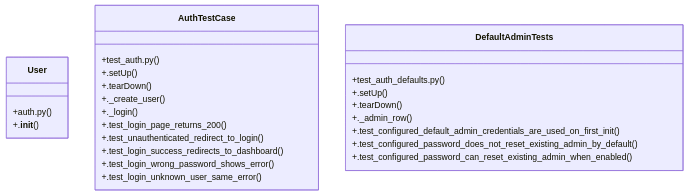
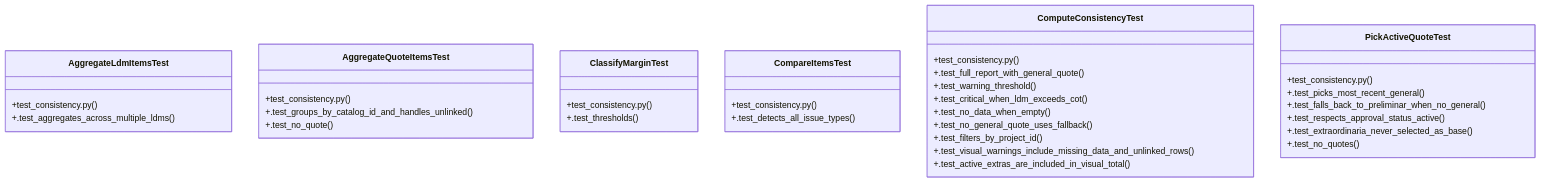
The diagram in graphify-out/wiki/Community_7.md (Daftrick/ProjectTracker), drawn with Mermaid before and after one commit. The commit also changed other lines of this file and 414 other files, not shown here.

First line of the commit message:
fix: fecha dd-mm-aa en PDF de LDM; refresca project_name en cotización al editar

````diff
--- a/graphify-out/wiki/Community_7.md
+++ b/graphify-out/wiki/Community_7.md
@@ -36,28 +36,39 @@
 ```mermaid
 classDiagram
-    class User {
-        +auth.py()
-        +.__init__()
+    class AggregateLdmItemsTest {
+        +test_consistency.py()
+        +.test_aggregates_across_multiple_ldms()
     }
-    class AuthTestCase {
-        +test_auth.py()
-        +.setUp()
-        +.tearDown()
-        +._create_user()
-        +._login()
-        +.test_login_page_returns_200()
-        +.test_unauthenticated_redirect_to_login()
-        +.test_login_success_redirects_to_dashboard()
-        +.test_login_wrong_password_shows_error()
-        +.test_login_unknown_user_same_error()
+    class AggregateQuoteItemsTest {
+        +test_consistency.py()
+        +.test_groups_by_catalog_id_and_handles_unlinked()
+        +.test_no_quote()
     }
-    class DefaultAdminTests {
-        +test_auth_defaults.py()
-        +.setUp()
-        +.tearDown()
-        +._admin_row()
-        +.test_configured_default_admin_credentials_are_used_on_first_init()
-        +.test_configured_password_does_not_reset_existing_admin_by_default()
-        +.test_configured_password_can_reset_existing_admin_when_enabled()
+    class ClassifyMarginTest {
+        +test_consistency.py()
+        +.test_thresholds()
+    }
+    class CompareItemsTest {
+        +test_consistency.py()
+        +.test_detects_all_issue_types()
+    }
+    class ComputeConsistencyTest {
+        +test_consistency.py()
+        +.test_full_report_with_general_quote()
+        +.test_warning_threshold()
+        +.test_critical_when_ldm_exceeds_cot()
+        +.test_no_data_when_empty()
+        +.test_no_general_quote_uses_fallback()
+        +.test_filters_by_project_id()
+        +.test_visual_warnings_include_missing_data_and_unlinked_rows()
+        +.test_active_extras_are_included_in_visual_total()
+    }
+    class PickActiveQuoteTest {
+        +test_consistency.py()
+        +.test_picks_most_recent_general()
+        +.test_falls_back_to_preliminar_when_no_general()
+        +.test_respects_approval_status_active()
+        +.test_extraordinaria_never_selected_as_base()
+        +.test_no_quotes()
     }
 ```
````
